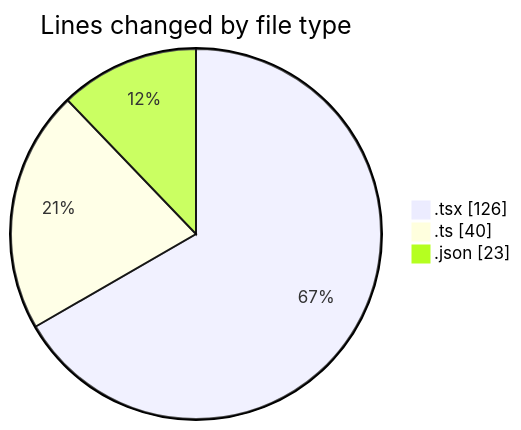
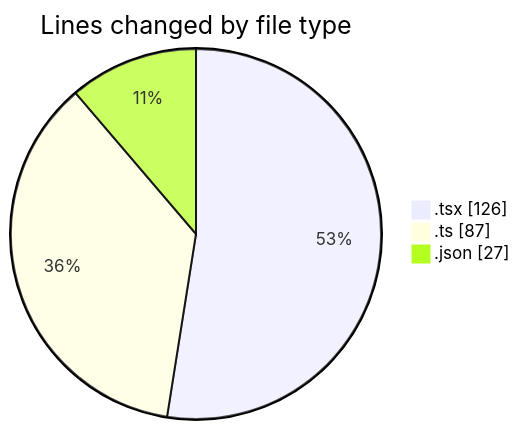
Before and after one commit to momahboobian/code-tracking: the first of 2 diagrams in 2025-04-29/cda/README.md, drawn with Mermaid. The commit also changed other lines of this file and 1 other file, not shown here.

````diff
--- a/2025-04-29/cda/README.md
+++ b/2025-04-29/cda/README.md
@@ -22,7 +23,7 @@
 ```mermaid
 pie showData
 title Lines changed by file type
 ".tsx" : 126
-".ts" : 40
-".json" : 23
+".ts" : 87
+".json" : 27
 ```
````
